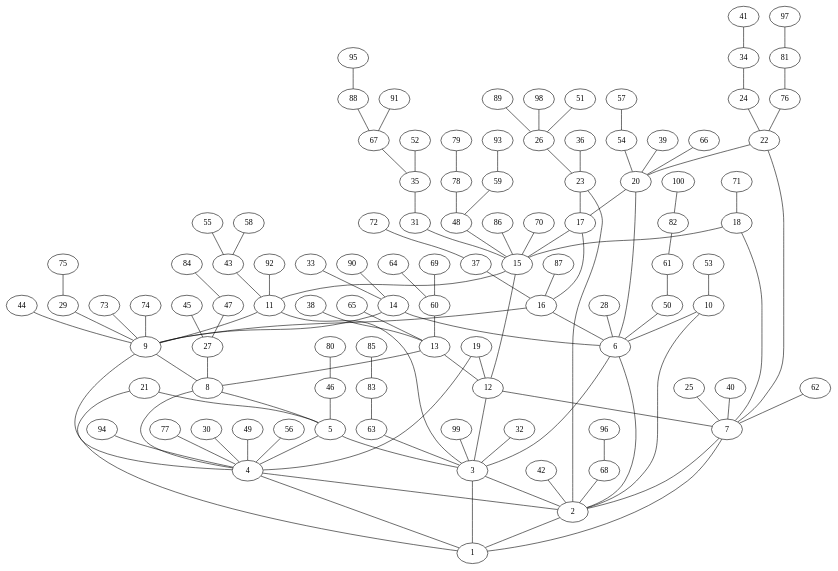
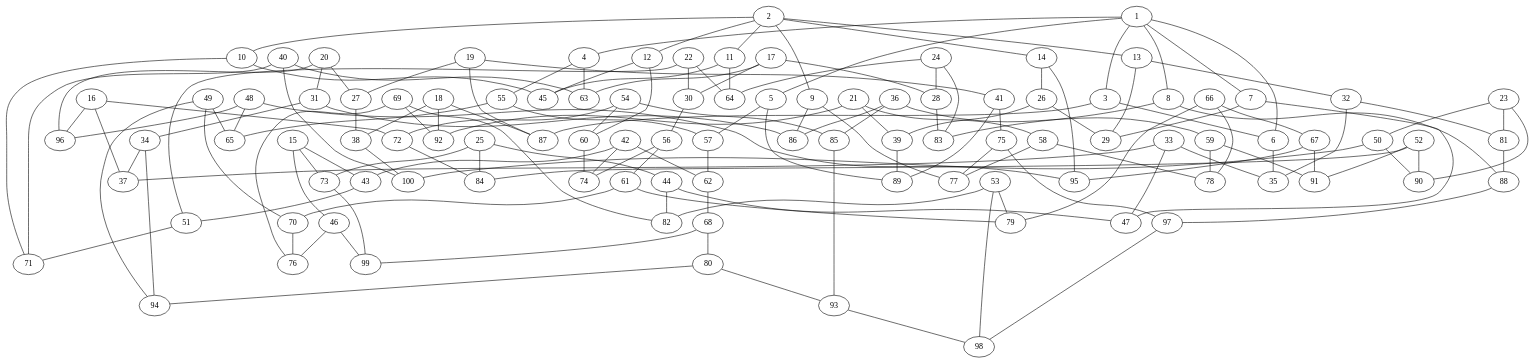
Before and after one commit to markusju/ava-u2: the diagram in file.dot, drawn with Graphviz. The commit also changed 6 other files, not shown here.

Commit message:
Graph Generation

```diff
--- a/file.dot
+++ b/file.dot
@@ -1,122 +1,155 @@
 graph G {
-35 -- 31;
-32 -- 3;
-20 -- 17;
-75 -- 29;
-60 -- 13;
-82 -- 61;
-22 -- 7;
-14 -- 6;
-28 -- 6;
-96 -- 68;
-53 -- 10;
-4 -- 1;
-63 -- 3;
-24 -- 22;
-13 -- 12;
-77 -- 4;
-21 -- 1;
-22 -- 20;
-50 -- 6;
-84 -- 47;
-5 -- 3;
-27 -- 8;
-73 -- 9;
-10 -- 2;
-98 -- 26;
-11 -- 3;
-52 -- 35;
-93 -- 59;
-16 -- 9;
-29 -- 9;
-100 -- 82;
-19 -- 12;
-66 -- 20;
-34 -- 24;
-54 -- 20;
-72 -- 37;
-25 -- 7;
-8 -- 5;
-13 -- 8;
-7 -- 2;
-31 -- 15;
-33 -- 14;
-40 -- 7;
-58 -- 43;
-86 -- 15;
-16 -- 6;
-26 -- 23;
-6 -- 2;
-12 -- 7;
-15 -- 12;
-46 -- 5;
-48 -- 15;
-83 -- 63;
-57 -- 54;
-85 -- 83;
-5 -- 4;
-62 -- 7;
-20 -- 6;
-41 -- 34;
-39 -- 20;
-30 -- 4;
-68 -- 2;
-8 -- 4;
-15 -- 11;
-14 -- 9;
-23 -- 2;
-80 -- 46;
-9 -- 4;
-21 -- 5;
-47 -- 27;
-79 -- 78;
-3 -- 2;
-51 -- 26;
-91 -- 67;
-92 -- 11;
-76 -- 22;
-81 -- 76;
-74 -- 9;
-10 -- 6;
-70 -- 15;
-49 -- 4;
-45 -- 27;
-90 -- 14;
-36 -- 23;
-44 -- 9;
-17 -- 16;
-38 -- 13;
-7 -- 1;
-43 -- 11;
-23 -- 17;
-61 -- 50;
-95 -- 88;
-64 -- 60;
-65 -- 13;
-78 -- 48;
-59 -- 48;
-12 -- 3;
-19 -- 4;
-2 -- 1;
-37 -- 16;
-97 -- 81;
-11 -- 9;
-55 -- 43;
-67 -- 35;
-18 -- 15;
-17 -- 15;
-56 -- 4;
-4 -- 2;
-9 -- 8;
-88 -- 67;
-42 -- 2;
-87 -- 16;
-94 -- 4;
-71 -- 18;
-3 -- 1;
-6 -- 3;
-69 -- 60;
-18 -- 7;
-89 -- 26;
-99 -- 3;
+48 -- 95;
+48 -- 96;
+49 -- 65;
+32 -- 81;
+25 -- 44;
+49 -- 70;
+16 -- 72;
+73 -- 99;
+24 -- 83;
+40 -- 100;
+42 -- 43;
+66 -- 67;
+41 -- 75;
+26 -- 29;
+34 -- 37;
+2 -- 9;
+2 -- 10;
+2 -- 11;
+2 -- 12;
+2 -- 13;
+8 -- 83;
+2 -- 14;
+66 -- 78;
+26 -- 39;
+49 -- 94;
+66 -- 79;
+17 -- 63;
+8 -- 88;
+16 -- 96;
+25 -- 73;
+41 -- 89;
+58 -- 77;
+18 -- 38;
+42 -- 62;
+58 -- 78;
+25 -- 84;
+42 -- 74;
+75 -- 77;
+3 -- 6;
+10 -- 45;
+9 -- 77;
+19 -- 27;
+43 -- 51;
+50 -- 90;
+27 -- 38;
+9 -- 86;
+50 -- 100;
+59 -- 78;
+51 -- 71;
+19 -- 41;
+75 -- 97;
+67 -- 91;
+34 -- 94;
+67 -- 95;
+10 -- 71;
+59 -- 91;
+11 -- 45;
+44 -- 47;
+18 -- 87;
+20 -- 27;
+18 -- 92;
+20 -- 31;
+68 -- 80;
+60 -- 74;
+11 -- 64;
+36 -- 59;
+68 -- 99;
+52 -- 84;
+12 -- 45;
+19 -- 87;
+93 -- 98;
+44 -- 82;
+52 -- 90;
+52 -- 91;
+69 -- 76;
+85 -- 93;
+61 -- 70;
+69 -- 82;
+12 -- 60;
+13 -- 29;
+36 -- 85;
+21 -- 39;
+36 -- 86;
+61 -- 79;
+4 -- 55;
+13 -- 32;
+3 -- 87;
+28 -- 83;
+69 -- 92;
+53 -- 79;
+4 -- 63;
+53 -- 82;
+21 -- 58;
+54 -- 60;
+62 -- 68;
+70 -- 76;
+22 -- 30;
+14 -- 26;
+20 -- 96;
+53 -- 98;
+54 -- 72;
+5 -- 57;
+30 -- 56;
+6 -- 35;
+22 -- 51;
+46 -- 76;
+54 -- 85;
+55 -- 57;
+31 -- 34;
+21 -- 92;
+22 -- 64;
+55 -- 65;
+5 -- 89;
+46 -- 99;
+7 -- 29;
+23 -- 50;
+15 -- 43;
+38 -- 100;
+15 -- 46;
+32 -- 35;
+24 -- 28;
+56 -- 61;
+7 -- 47;
+88 -- 97;
+72 -- 84;
+80 -- 93;
+80 -- 94;
+14 -- 95;
+48 -- 65;
+39 -- 89;
+56 -- 74;
+16 -- 37;
+31 -- 86;
+40 -- 63;
+15 -- 73;
+23 -- 81;
+40 -- 71;
+97 -- 98;
+1 -- 3;
+33 -- 35;
+1 -- 4;
+23 -- 90;
+1 -- 5;
+33 -- 37;
+1 -- 6;
+57 -- 62;
+1 -- 7;
+1 -- 8;
+81 -- 88;
+24 -- 64;
+17 -- 28;
+17 -- 30;
+33 -- 47;
 }
```
